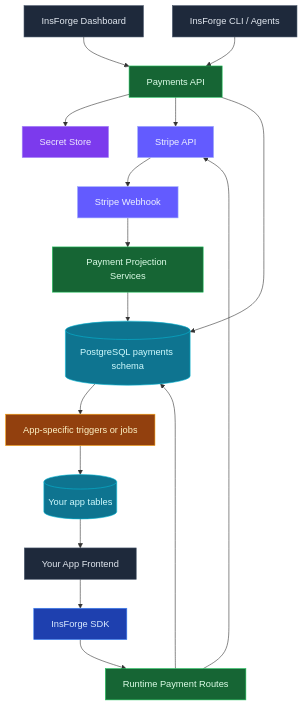
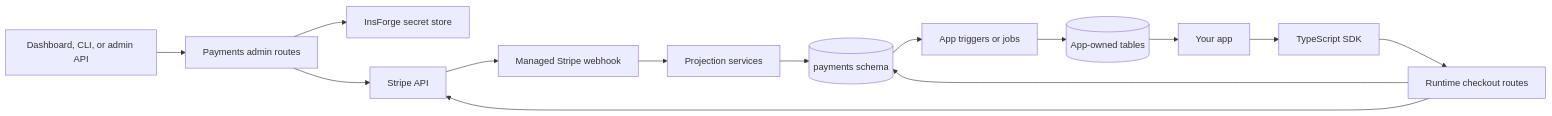
The diagram in docs/core-concepts/payments/overview.mdx (InsForge/InsForge), drawn with Mermaid before and after one commit. The commit also changed other lines of this file and 21 other files, not shown here.

````diff
--- a/docs/core-concepts/payments/overview.mdx
+++ b/docs/core-concepts/payments/overview.mdx
@@ -13,36 +15,19 @@
 ```mermaid
-graph TB
-    Dashboard[InsForge Dashboard] --> API[Payments API]
-    CLI[InsForge CLI / Agents] --> API
-    App[Your App Frontend] --> SDK[InsForge SDK]
-    SDK --> Runtime[Runtime Payment Routes]
+graph LR
+    Admin[Dashboard, CLI, or admin API] --> Control[Payments admin routes]
+    App[Your app] --> SDK[TypeScript SDK]
+    SDK --> Runtime[Runtime checkout routes]
 
-    API --> SecretStore[Secret Store]
-    API --> Stripe[Stripe API]
+    Control --> Secrets[InsForge secret store]
+    Control --> Stripe[Stripe API]
     Runtime --> Stripe
+    Runtime --> Payments[(payments schema)]
 
-    Stripe --> Webhook[Stripe Webhook]
-    Webhook --> Projection[Payment Projection Services]
+    Stripe --> Webhook[Managed Stripe webhook]
+    Webhook --> Projection[Projection services]
+    Projection --> Payments
 
-    Projection --> DB[(PostgreSQL payments schema)]
-    API --> DB
-    Runtime --> DB
-
-    DB --> CustomLogic[App-specific triggers or jobs]
-    CustomLogic --> AppTables[(Your app tables)]
+    Payments --> Logic[App triggers or jobs]
+    Logic --> AppTables[(App-owned tables)]
     AppTables --> App
-
-    style Dashboard fill:#1e293b,stroke:#475569,color:#e2e8f0
-    style CLI fill:#1e293b,stroke:#475569,color:#e2e8f0
-    style App fill:#1e293b,stroke:#475569,color:#e2e8f0
-    style SDK fill:#1e40af,stroke:#3b82f6,color:#dbeafe
-    style API fill:#166534,stroke:#22c55e,color:#dcfce7
-    style Runtime fill:#166534,stroke:#22c55e,color:#dcfce7
-    style SecretStore fill:#7c3aed,stroke:#a78bfa,color:#ede9fe
-    style Stripe fill:#635bff,stroke:#a5b4fc,color:#eef2ff
-    style Webhook fill:#635bff,stroke:#a5b4fc,color:#eef2ff
-    style Projection fill:#166534,stroke:#22c55e,color:#dcfce7
-    style DB fill:#0e7490,stroke:#06b6d4,color:#cffafe
-    style CustomLogic fill:#92400e,stroke:#f59e0b,color:#fef3c7
-    style AppTables fill:#0e7490,stroke:#06b6d4,color:#cffafe
 ```
````
